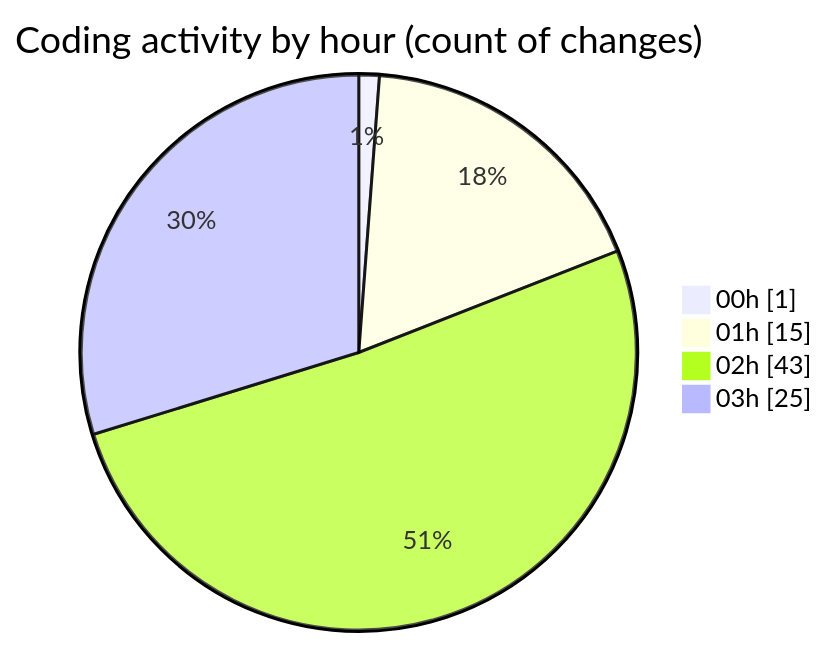
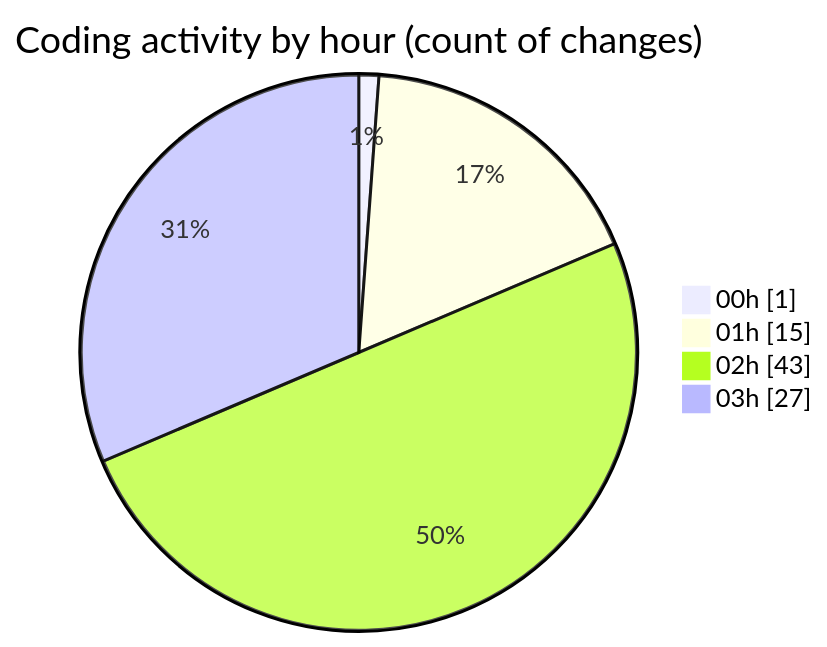
Before and after one commit to Elitesun/code-tracking: the second of 2 diagrams in 2025-05-01/niten/README.md, drawn with Mermaid. The commit also changed other lines of this file and 1 other file, not shown here.

````diff
--- a/2025-05-01/niten/README.md
+++ b/2025-05-01/niten/README.md
@@ -53,8 +53,8 @@
 ```mermaid
 pie showData
 title Coding activity by hour (count of changes)
 "00h" : 1
 "01h" : 15
 "02h" : 43
-"03h" : 25
+"03h" : 27
 ```
````
